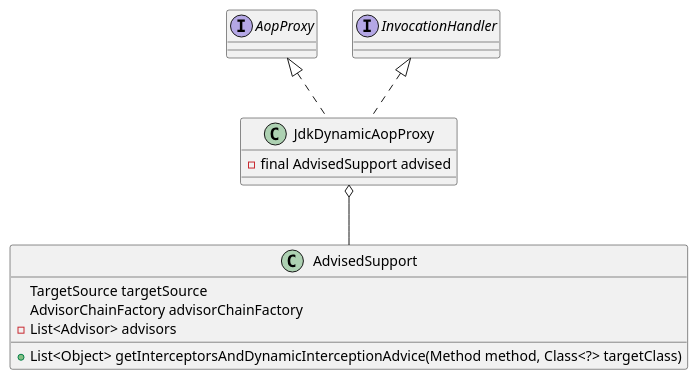
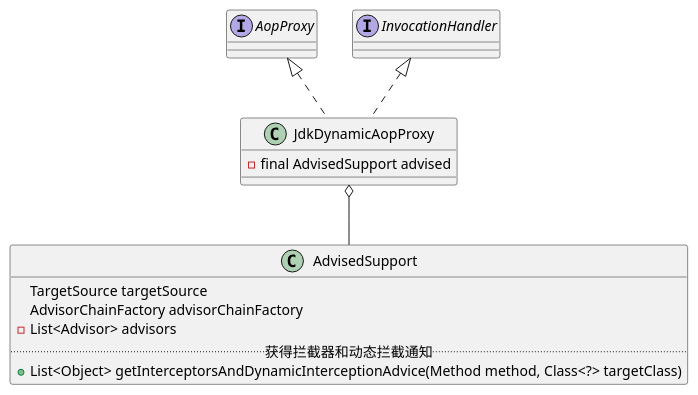
Before and after one commit to onlyonion/development: the first of 2 diagrams in 20-framework/src/spring/spring-aop/framework/JdkDynamicAopProxy.md, drawn with PlantUML. The commit also changed 13 other files, not shown here.

````diff
--- a/20-framework/src/spring/spring-aop/framework/JdkDynamicAopProxy.md
+++ b/20-framework/src/spring/spring-aop/framework/JdkDynamicAopProxy.md
@@ -3,24 +3,23 @@
 ```plantuml
 @startuml
 
 interface AopProxy
 interface InvocationHandler
 AopProxy <|.. JdkDynamicAopProxy
 InvocationHandler <|.. JdkDynamicAopProxy
 
 class JdkDynamicAopProxy {
     - final AdvisedSupport advised
 }
 
 class AdvisedSupport {
     TargetSource targetSource
     AdvisorChainFactory advisorChainFactory
     - List<Advisor> advisors
-    
+    .. 获得拦截器和动态拦截通知 ..
     + List<Object> getInterceptorsAndDynamicInterceptionAdvice(Method method, Class<?> targetClass)
 }
 JdkDynamicAopProxy o-- AdvisedSupport
 
-
 @enduml
 ```
````
